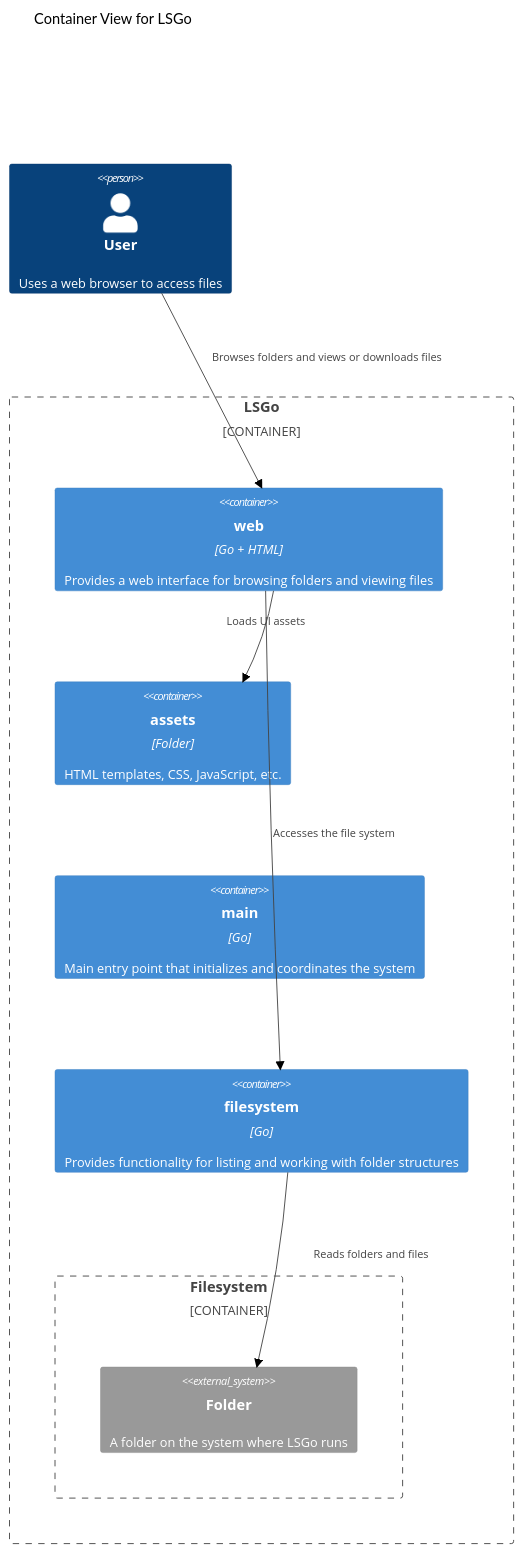
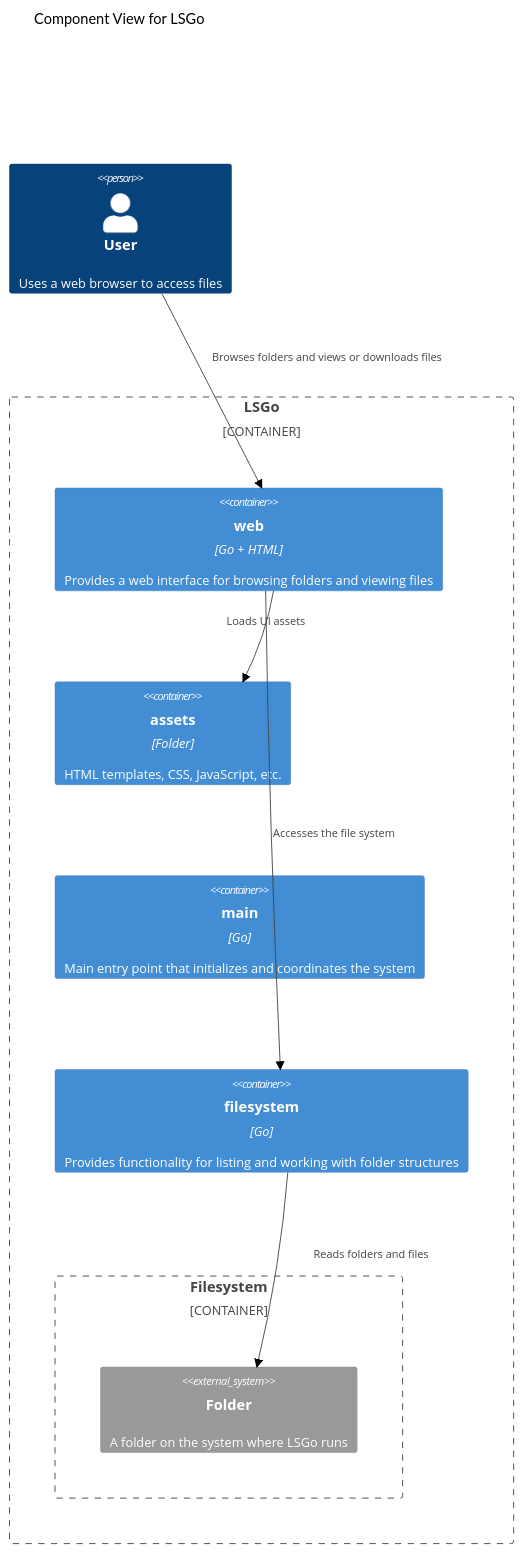
The second of 4 diagrams in docs/architecture.md (mszalbach/lsgo), drawn with Mermaid (neutral theme) before and after one commit.

Commit message:
docs: used corred c4 type for the diagram

````diff
--- a/docs/architecture.md
+++ b/docs/architecture.md
@@ -18,30 +18,30 @@
 ```mermaid
-C4Container
-    title Container View for LSGo
+C4Component
+    title Component View for LSGo
 
     Person(user, "User", "Uses a web browser to access files")
 
     Container_Boundary(lsgo, "LSGo") {
 
         Container(webPkg, "web", "Go + HTML", "Provides a web interface for browsing folders and viewing files")
         Container(assetsPkg, "assets", "Folder", "HTML templates, CSS, JavaScript, etc.")
         Container(cmdClient, "main", "Go", "Main entry point that initializes and coordinates the system")
         Container(filesystemPkg, "filesystem", "Go", "Provides functionality for listing and working with folder structures")
 
         Container_Boundary(filesystem, "Filesystem") {
             System_Ext(folder, "Folder", "A folder on the system where LSGo runs")
         }
     }
 
     Rel(user, webPkg, "Browses folders and views or downloads files")
     Rel(webPkg, assetsPkg, "Loads UI assets")
     Rel(webPkg, filesystemPkg, "Accesses the file system")
 
     Rel(filesystemPkg, folder, "Reads folders and files")
 
     UpdateLayoutConfig($c4ShapeInRow="2", $c4BoundaryInRow="1")
 
     UpdateRelStyle(user, webPkg, $offsetY="-40", $offsetX="0")
     UpdateRelStyle(webPkg, assetsPkg, $offsetY="-20", $offsetX="-35")
     UpdateRelStyle(filesystemPkg, folder, $offsetY="-20", $offsetX="45")
 ```
````
